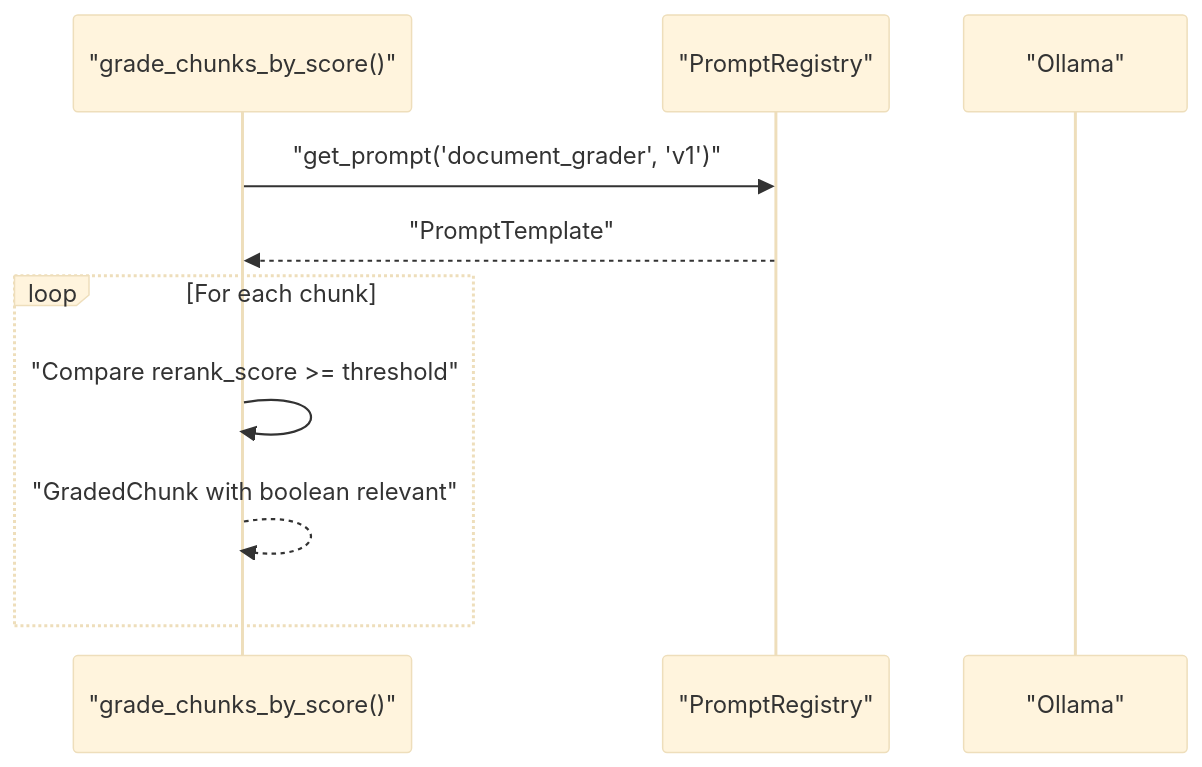
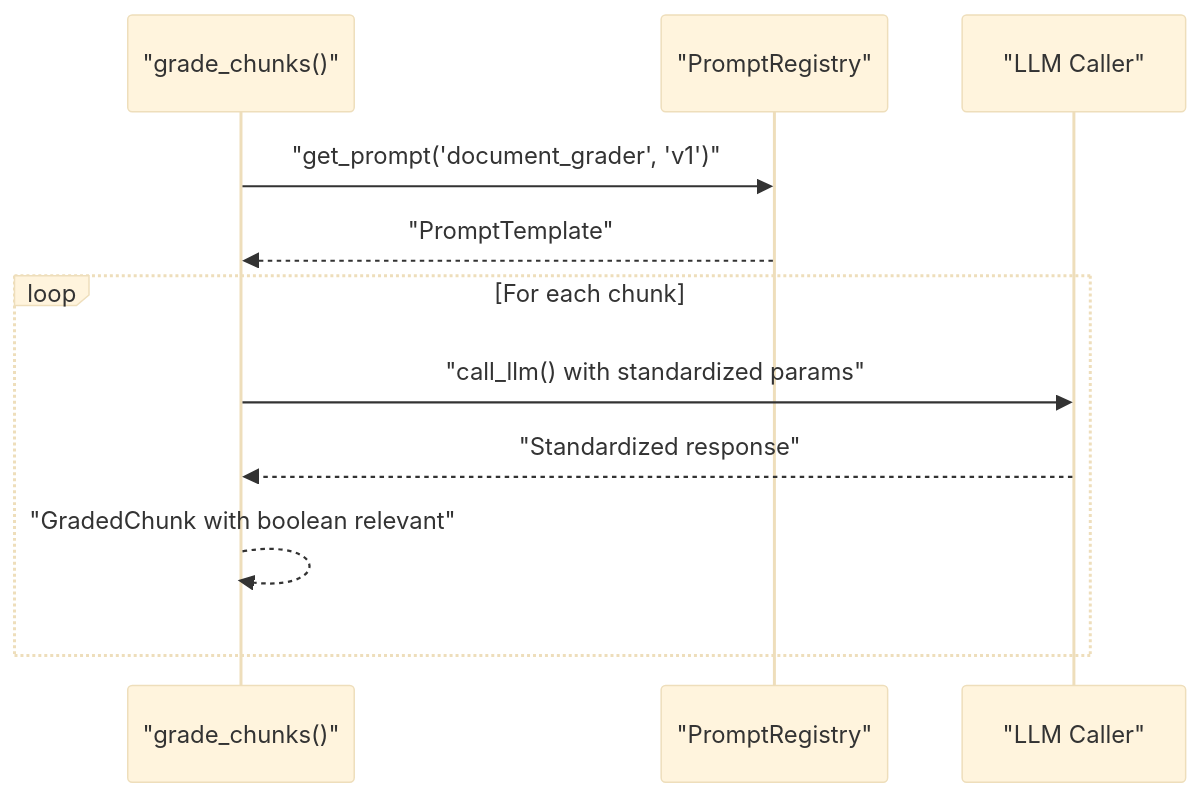
One commit to genes8/private-ai changed the ninth of 11 diagrams in .qoder/repowiki/en/content/AI Agent Pipeline/LLM Integration and Ollama.md. Above: the diagram before and after it, drawn with Mermaid (base theme). The commit also changed other lines of this file and 55 other files, not shown here.

````diff
--- a/.qoder/repowiki/en/content/AI Agent Pipeline/LLM Integration and Ollama.md
+++ b/.qoder/repowiki/en/content/AI Agent Pipeline/LLM Integration and Ollama.md
@@ -299,12 +343,13 @@
 ```mermaid
 sequenceDiagram
-participant DG as "grade_chunks_by_score()"
+participant DG as "grade_chunks()"
 participant Reg as "PromptRegistry"
-participant Ola as "Ollama"
+participant LLM as "LLM Caller"
 DG->>Reg : "get_prompt('document_grader', 'v1')"
 Reg-->>DG : "PromptTemplate"
 loop For each chunk
-DG->>DG : "Compare rerank_score >= threshold"
+DG->>LLM : "call_llm() with standardized params"
+LLM-->>DG : "Standardized response"
 DG-->>DG : "GradedChunk with boolean relevant"
 end
 ```
````
